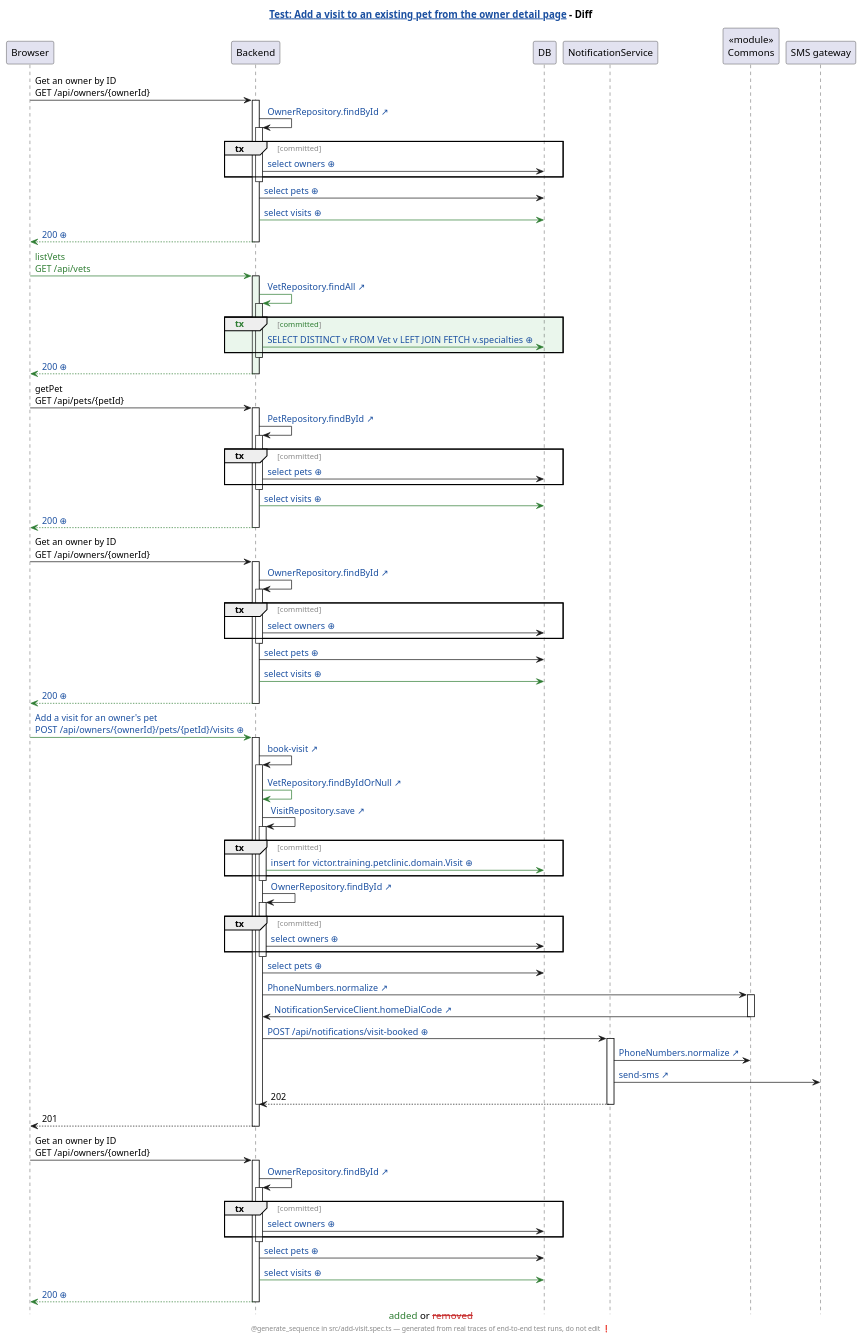
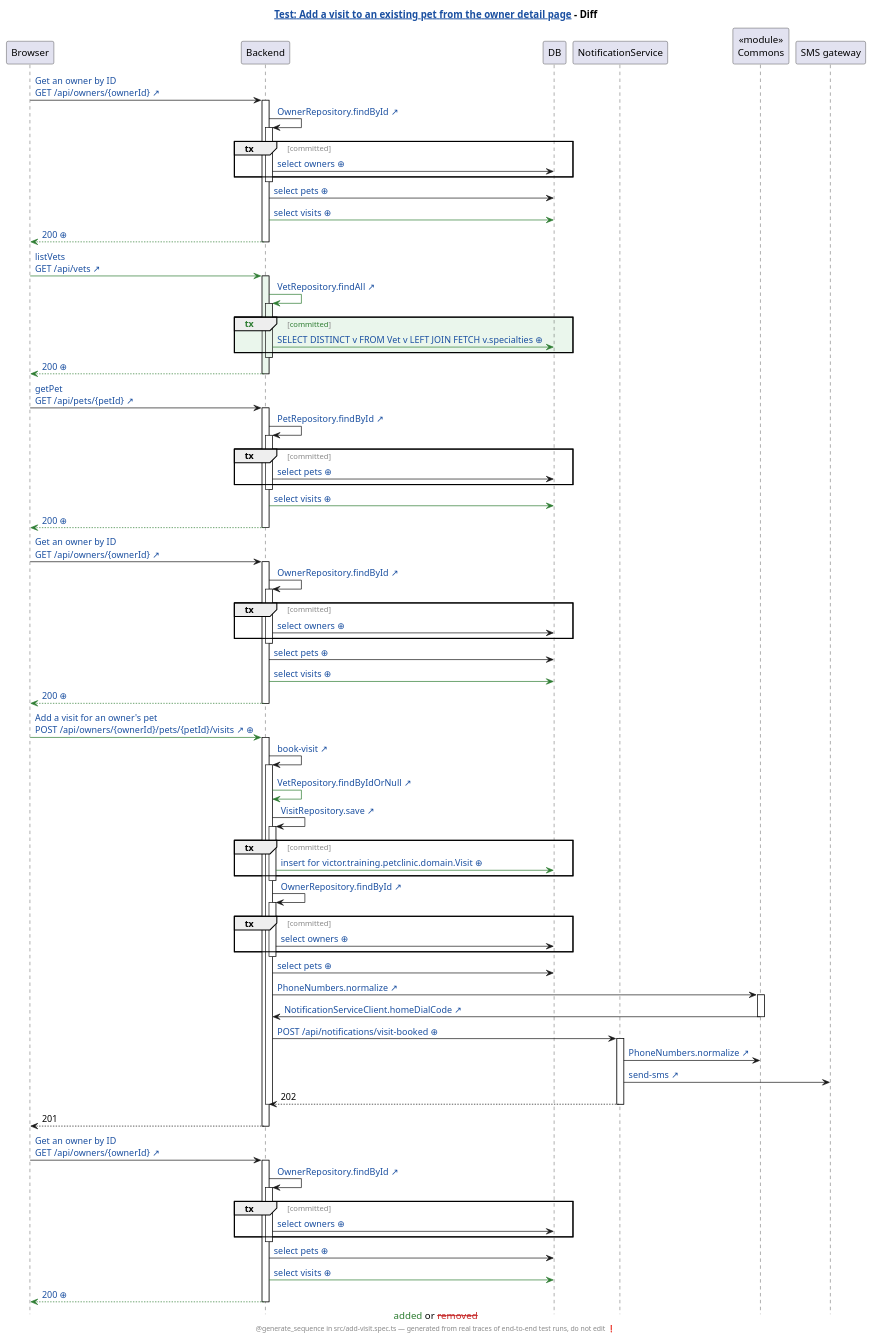
Before and after one commit to victorrentea/human-review: the diagram in demo/demo/assets/diagrams/petclinic-test_generated_add-visit.spec.ts.add-a-visit-to-an-existing-pet-from-the-owner-detail-page.genseq.diff.puml, drawn with PlantUML. The commit also changed 130 other files, not shown here.

```diff
--- a/demo/demo/assets/diagrams/petclinic-test_generated_add-visit.spec.ts.add-a-visit-to-an-existing-pet-from-the-owner-detail-page.genseq.diff.puml
+++ b/demo/demo/assets/diagrams/petclinic-test_generated_add-visit.spec.ts.add-a-visit-to-an-existing-pet-from-the-owner-detail-page.genseq.diff.puml
@@ -1,104 +1,104 @@
 @startuml
 caption <color:#2E7D32>added</color> or <color:#C62828><s>removed</s></color>
 hide footbox
 skinparam hyperlinkUnderline false
 skinparam hyperlinkColor #1A4FA0
 skinparam sequenceGroupFontColor #888888
 skinparam sequenceGroupFontStyle plain
 title [[src://petclinic-test/src/add-visit.spec.ts:34{Click to open the test} Test: Add a visit to an existing pet from the owner detail page]] - Diff
 footer @generate_sequence in src/add-visit.spec.ts — generated from real traces of end-to-end test runs, do not edit ❗
 participant Browser
 participant Backend
 participant DB
 participant NotificationService
 participant "«module»\nCommons" as Commons
 participant "SMS gateway"
-Browser -> Backend: Get an owner by ID\nGET /api/owners/{ownerId}
+Browser -> Backend: [[src://petclinic-frontend/src/app/owners/owner-detail/owner-detail.component.ts:22{Click to open the line that sent this request: owner-detail.component.ts:22} Get an owner by ID\nGET /api/owners/{ownerId} ↗]]
 activate Backend
 Backend -> Backend: [[src://petclinic-backend/src/main/java/victor/training/petclinic/repository/OwnerRepository.java:14{Click to open OwnerRepository.findById} OwnerRepository.findById ↗]]
 activate Backend
 group tx [committed]
 Backend -> DB: [[genseq://0x8aana{Click for the statement behind this call} select owners ⊕]]
 end
 deactivate Backend
 Backend -> DB: [[genseq://18567ho{Click for the statement behind this call} select pets ⊕]]
 Backend -[#2E7D32]> DB: [[genseq://1eq1h2q{Click for the statement behind this call} select visits ⊕]]
 Backend -[#2E7D32]-> Browser: [[genseq://1bhasc1{Click for this call’s JSON body} 200 ⊕]]
 deactivate Backend
-Browser -[#2E7D32]> Backend: <color:#2E7D32>listVets</color>\n<color:#2E7D32>GET /api/vets</color>
+Browser -[#2E7D32]> Backend: [[src://petclinic-frontend/src/app/visits/visit-add/visit-add.component.ts:46{Click to open the line that sent this request: visit-add.component.ts:46} listVets\nGET /api/vets ↗]]
 activate Backend #EAF6EC
 Backend -[#2E7D32]> Backend: [[src://petclinic-backend/src/main/java/victor/training/petclinic/repository/VetRepository.java:13{Click to open VetRepository.findAll} VetRepository.findAll ↗]]
 activate Backend #EAF6EC
 group #EAF6EC <color:#2E7D32>tx</color> [<color:#2E7D32>committed</color>]
 Backend -[#2E7D32]> DB: [[genseq://0p6yxbc{Click for the statement behind this call} SELECT DISTINCT v FROM Vet v LEFT JOIN FETCH v.specialties ⊕]]
 end
 deactivate Backend
 Backend -[#2E7D32]-> Browser: [[genseq://1nmg2oo{Click for this call’s JSON body} 200 ⊕]]
 deactivate Backend
-Browser -> Backend: getPet\nGET /api/pets/{petId}
+Browser -> Backend: [[src://petclinic-frontend/src/app/visits/visit-add/visit-add.component.ts:48{Click to open the line that sent this request: visit-add.component.ts:48} getPet\nGET /api/pets/{petId} ↗]]
 activate Backend
 Backend -> Backend: [[src://petclinic-backend/src/main/java/victor/training/petclinic/repository/PetRepository.java:16{Click to open PetRepository.findById} PetRepository.findById ↗]]
 activate Backend
 group tx [committed]
 Backend -> DB: [[genseq://0y7w2ps{Click for the statement behind this call} select pets ⊕]]
 end
 deactivate Backend
 Backend -[#2E7D32]> DB: [[genseq://1eq1h2q{Click for the statement behind this call} select visits ⊕]]
 Backend -[#2E7D32]-> Browser: [[genseq://0n1gsl8{Click for this call’s JSON body} 200 ⊕]]
 deactivate Backend
-Browser -> Backend: Get an owner by ID\nGET /api/owners/{ownerId}
+Browser -> Backend: [[src://petclinic-frontend/src/app/visits/visit-add/visit-add.component.ts:53{Click to open the line that sent this request: visit-add.component.ts:53} Get an owner by ID\nGET /api/owners/{ownerId} ↗]]
 activate Backend
 Backend -> Backend: [[src://petclinic-backend/src/main/java/victor/training/petclinic/repository/OwnerRepository.java:14{Click to open OwnerRepository.findById} OwnerRepository.findById ↗]]
 activate Backend
 group tx [committed]
 Backend -> DB: [[genseq://0x8aana{Click for the statement behind this call} select owners ⊕]]
 end
 deactivate Backend
 Backend -> DB: [[genseq://18567ho{Click for the statement behind this call} select pets ⊕]]
 Backend -[#2E7D32]> DB: [[genseq://1eq1h2q{Click for the statement behind this call} select visits ⊕]]
 Backend -[#2E7D32]-> Browser: [[genseq://1bhasc1{Click for this call’s JSON body} 200 ⊕]]
 deactivate Backend
-Browser -[#2E7D32]> Backend: [[genseq://03ccor4{Click for this call’s JSON body} Add a visit for an owner's pet\nPOST /api/owners/{ownerId}/pets/{petId}/visits ⊕]]
+Browser -[#2E7D32]> Backend: [[src://petclinic-frontend/src/app/visits/visit-add/visit-add.component.ts:69{Click to open the line that sent this request: visit-add.component.ts:69 ← visit-add.component.html:25} Add a visit for an owner's pet\nPOST /api/owners/{ownerId}/pets/{petId}/visits ↗]] [[genseq://1vizg25{Click for this call’s JSON body} ⊕]]
 activate Backend
 Backend -> Backend: [[src://petclinic-backend/src/main/java/victor/training/petclinic/rest/OwnerRestController.java:193{Click to open OwnerRestController.bookVisit} book-visit ↗]]
 activate Backend
 Backend -[#2E7D32]> Backend: [[src://petclinic-backend/src/main/java/victor/training/petclinic/repository/VetRepository.java:19{Click to open VetRepository.findByIdOrNull} VetRepository.findByIdOrNull ↗]]
 Backend -> Backend: [[src://petclinic-backend/src/main/java/victor/training/petclinic/repository/VisitRepository.java:14{Click to open VisitRepository.save} VisitRepository.save ↗]]
 activate Backend
 group tx [committed]
-Backend -[#2E7D32]> DB: [[genseq://1vk69av{Click for the statement behind this call} insert for victor.training.petclinic.domain.Visit ⊕]]
+Backend -[#2E7D32]> DB: [[genseq://1rehuia{Click for the statement behind this call} insert for victor.training.petclinic.domain.Visit ⊕]]
 end
 deactivate Backend
 Backend -> Backend: [[src://petclinic-backend/src/main/java/victor/training/petclinic/repository/OwnerRepository.java:14{Click to open OwnerRepository.findById} OwnerRepository.findById ↗]]
 activate Backend
 group tx [committed]
 Backend -> DB: [[genseq://0x8aana{Click for the statement behind this call} select owners ⊕]]
 end
 deactivate Backend
 Backend -> DB: [[genseq://18567ho{Click for the statement behind this call} select pets ⊕]]
 Backend -> Commons: [[src://petclinic-commons/src/main/java/victor/training/commons/PhoneNumbers.java:14{Click to open PhoneNumbers.normalize} PhoneNumbers.normalize ↗]]
 activate Commons
 Commons -> Backend: [[src://petclinic-backend/src/main/java/victor/training/petclinic/notification/NotificationServiceClient.java:45{Click to open NotificationServiceClient.homeDialCode} NotificationServiceClient.homeDialCode ↗]]
 deactivate Commons
 Backend -> NotificationService: [[genseq://1p4ogm5{Click for this call’s JSON body} POST /api/notifications/visit-booked ⊕]]
 activate NotificationService
 NotificationService -> Commons: [[src://petclinic-commons/src/main/java/victor/training/commons/PhoneNumbers.java:8{Click to open PhoneNumbers.normalize} PhoneNumbers.normalize ↗]]
 NotificationService -> "SMS gateway": [[src://notification-service/src/main/java/victor/training/notification/SmsGateway.java:23{Click to open SmsGateway.send} send-sms ↗]]
 NotificationService --> Backend: 202
 deactivate NotificationService
 deactivate Backend
 Backend --> Browser: 201
 deactivate Backend
-Browser -> Backend: Get an owner by ID\nGET /api/owners/{ownerId}
+Browser -> Backend: [[src://petclinic-frontend/src/app/owners/owner-detail/owner-detail.component.ts:22{Click to open the line that sent this request: owner-detail.component.ts:22} Get an owner by ID\nGET /api/owners/{ownerId} ↗]]
 activate Backend
 Backend -> Backend: [[src://petclinic-backend/src/main/java/victor/training/petclinic/repository/OwnerRepository.java:14{Click to open OwnerRepository.findById} OwnerRepository.findById ↗]]
 activate Backend
 group tx [committed]
 Backend -> DB: [[genseq://0x8aana{Click for the statement behind this call} select owners ⊕]]
 end
 deactivate Backend
 Backend -> DB: [[genseq://18567ho{Click for the statement behind this call} select pets ⊕]]
 Backend -[#2E7D32]> DB: [[genseq://1eq1h2q{Click for the statement behind this call} select visits ⊕]]
-Backend -[#2E7D32]-> Browser: [[genseq://14tfktm{Click for this call’s JSON body} 200 ⊕]]
+Backend -[#2E7D32]-> Browser: [[genseq://0jnnn6p{Click for this call’s JSON body} 200 ⊕]]
 deactivate Backend
 @enduml
```
